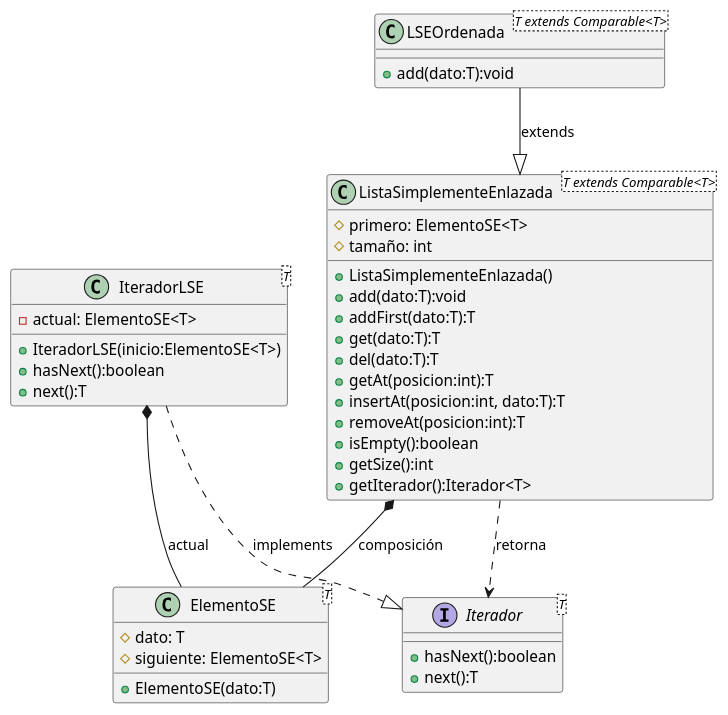
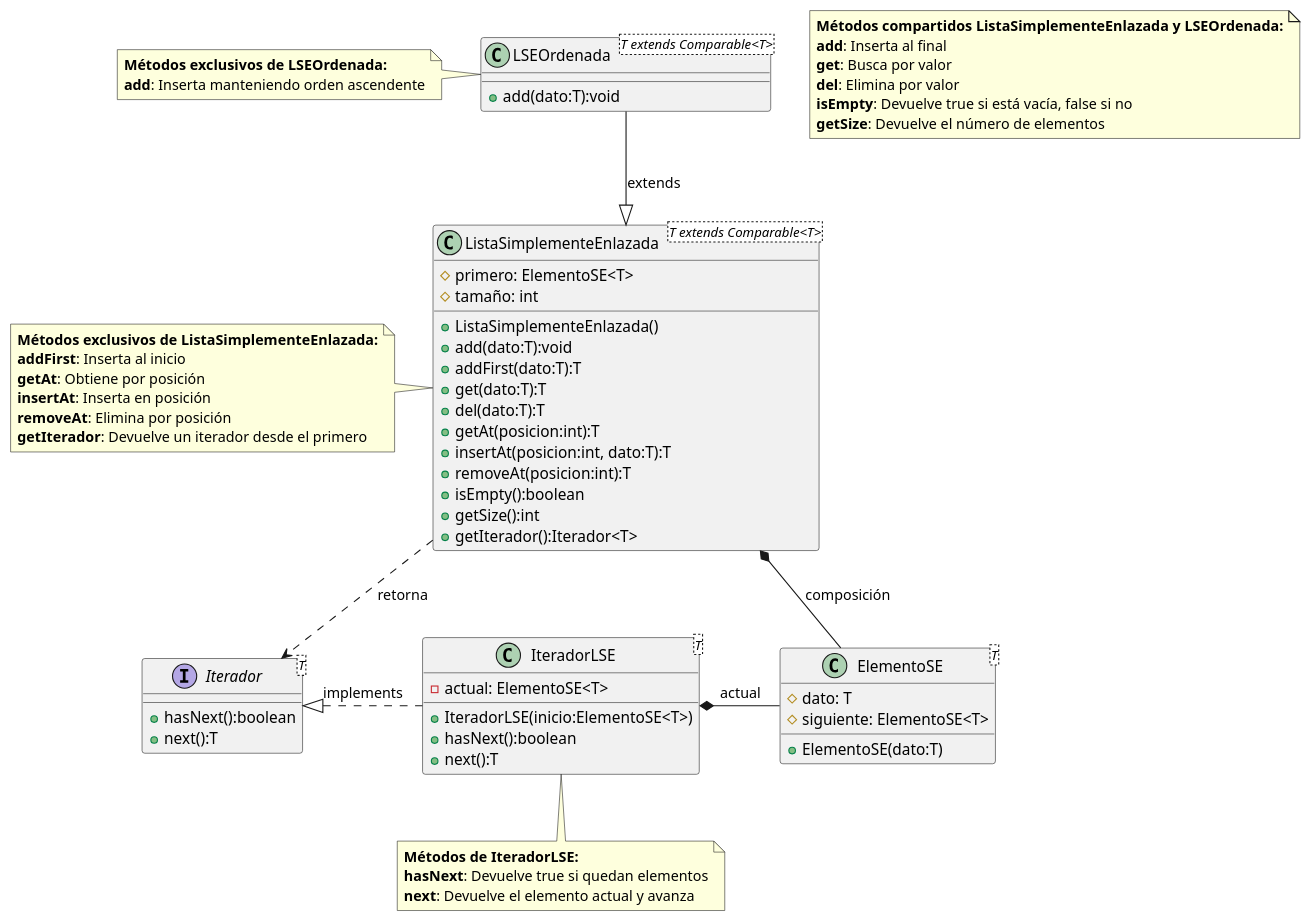
Before and after one commit to hugob-gl07/Estructura-Datos-Equipo: the diagram in src/EstructurasdeDatos/LSE/ListaSimplementeEnlazada/Diagrama LSE.puml, drawn with PlantUML. The commit also changed 12 other files, not shown here.

Commit message:
Cambios en los diagrama ULM

```diff
--- a/src/EstructurasdeDatos/LSE/ListaSimplementeEnlazada/Diagrama LSE.puml
+++ b/src/EstructurasdeDatos/LSE/ListaSimplementeEnlazada/Diagrama LSE.puml
@@ -1,41 +1,76 @@
 @startuml
 
 interface Iterador<T> {
     + hasNext():boolean
     + next():T
 }
+
 class ElementoSE<T> {
     # dato: T
     # siguiente: ElementoSE<T>
     + ElementoSE(dato:T)
 }
+
 class IteradorLSE<T> {
     - actual: ElementoSE<T>
     + IteradorLSE(inicio:ElementoSE<T>)
     + hasNext():boolean
     + next():T
 }
+
 class ListaSimplementeEnlazada<T extends Comparable<T>> {
     # primero: ElementoSE<T>
     # tamaño: int
     + ListaSimplementeEnlazada()
     + add(dato:T):void
     + addFirst(dato:T):T
     + get(dato:T):T
     + del(dato:T):T
     + getAt(posicion:int):T
     + insertAt(posicion:int, dato:T):T
     + removeAt(posicion:int):T
     + isEmpty():boolean
     + getSize():int
     + getIterador():Iterador<T>
 }
+
 class LSEOrdenada<T extends Comparable<T>> {
     + add(dato:T):void
 }
-IteradorLSE ..|> Iterador : implements
+
+IteradorLSE .left.|> Iterador : implements
 LSEOrdenada --|> ListaSimplementeEnlazada : extends
 ListaSimplementeEnlazada *-- ElementoSE : composición
 IteradorLSE *-right- ElementoSE : actual
 ListaSimplementeEnlazada ..> Iterador : retorna
+
+note left of ListaSimplementeEnlazada
+**Métodos exclusivos de ListaSimplementeEnlazada:**
+**addFirst**: Inserta al inicio
+**getAt**: Obtiene por posición
+**insertAt**: Inserta en posición
+**removeAt**: Elimina por posición
+**getIterador**: Devuelve un iterador desde el primero
+end note
+
+note left of LSEOrdenada
+**Métodos exclusivos de LSEOrdenada:**
+**add**: Inserta manteniendo orden ascendente
+end note
+
+note bottom of IteradorLSE
+**Métodos de IteradorLSE:**
+**hasNext**: Devuelve true si quedan elementos
+**next**: Devuelve el elemento actual y avanza
+end note
+
+note as N1
+**Métodos compartidos ListaSimplementeEnlazada y LSEOrdenada:**
+**add**: Inserta al final
+**get**: Busca por valor
+**del**: Elimina por valor
+**isEmpty**: Devuelve true si está vacía, false si no
+**getSize**: Devuelve el número de elementos
+end note
+
 @enduml
```
